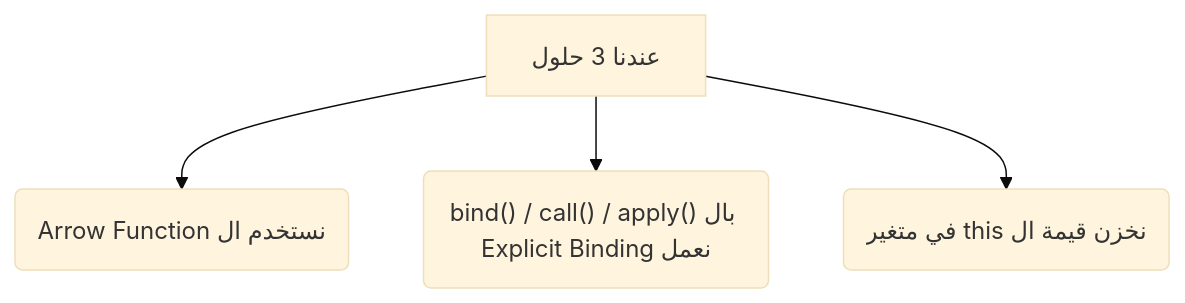
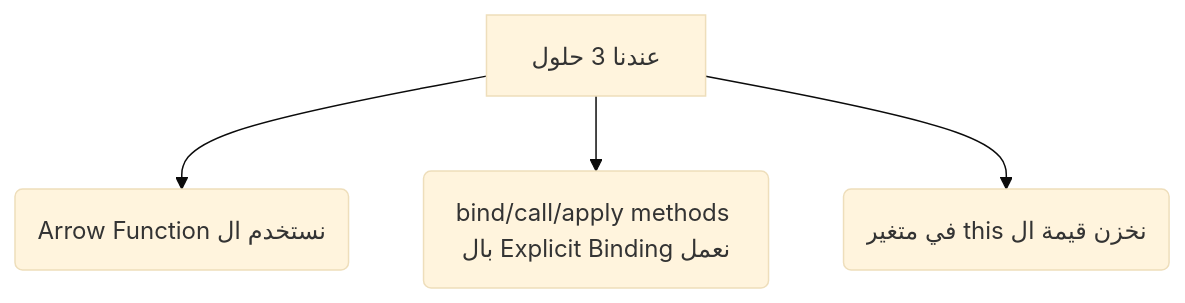
Before and after one commit to Ak-ram/Frontend-Interview-Questions: the second of 2 diagrams in javascript/syntactic sugar مجرد Arrow function هل ال.md, drawn with Mermaid (base theme).

Commit message:
Update syntactic sugar مجرد Arrow function هل ال.md

````diff
--- a/javascript/syntactic sugar مجرد Arrow function هل ال.md
+++ b/javascript/syntactic sugar مجرد Arrow function هل ال.md
@@ -149,7 +149,7 @@
    ```mermaid
   flowchart TD
     B["عندنا 3 حلول"]
-    B-->C("Arrow Function نستخدم ال")
-    B-->D(" bind() / call() / apply() بال Explicit Binding نعمل ")
-    B-->E("في متغير this نخزن قيمة ال ")
+    B-->C(" Arrow Function نستخدم ال ")
+    B-->D(" bind/call/apply methods بال Explicit Binding نعمل ")
+    B-->E(" في متغير this نخزن قيمة ال ")
 ```
````
